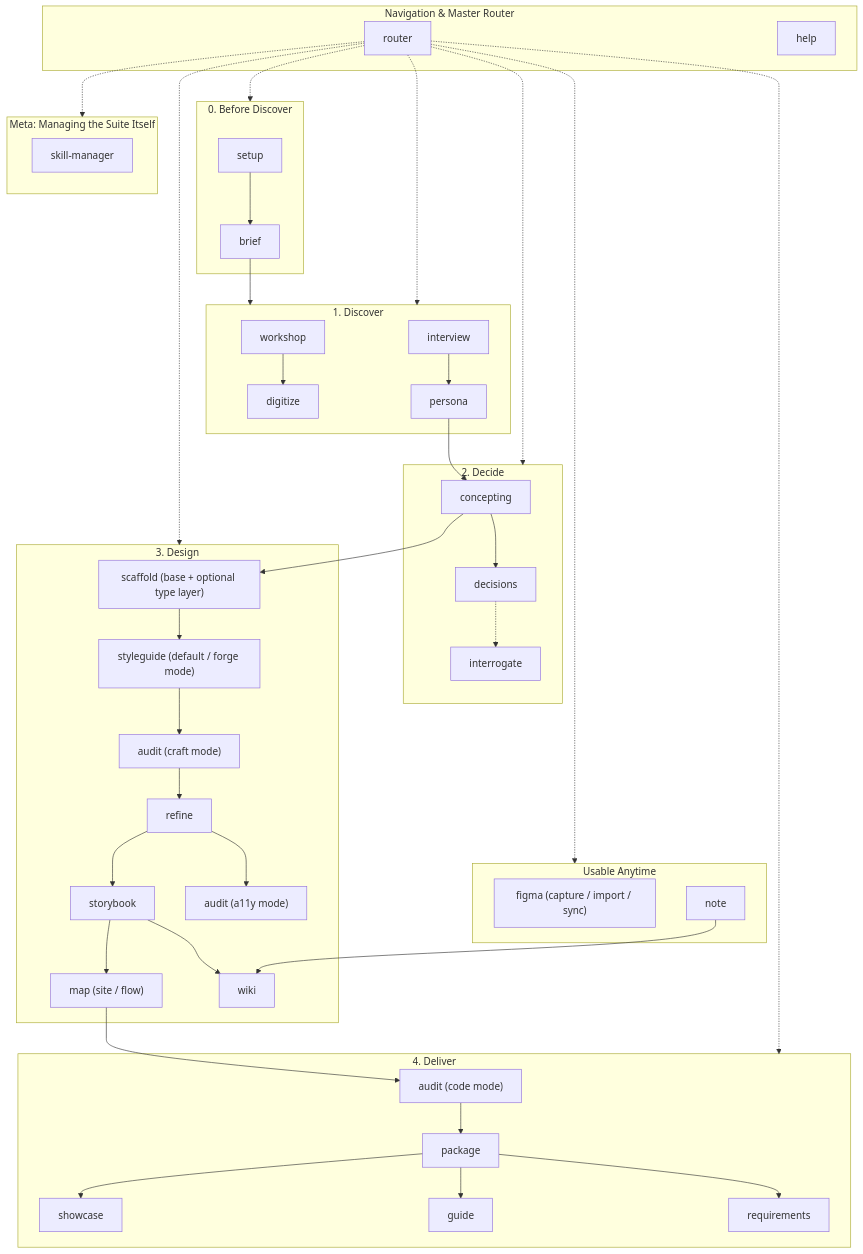
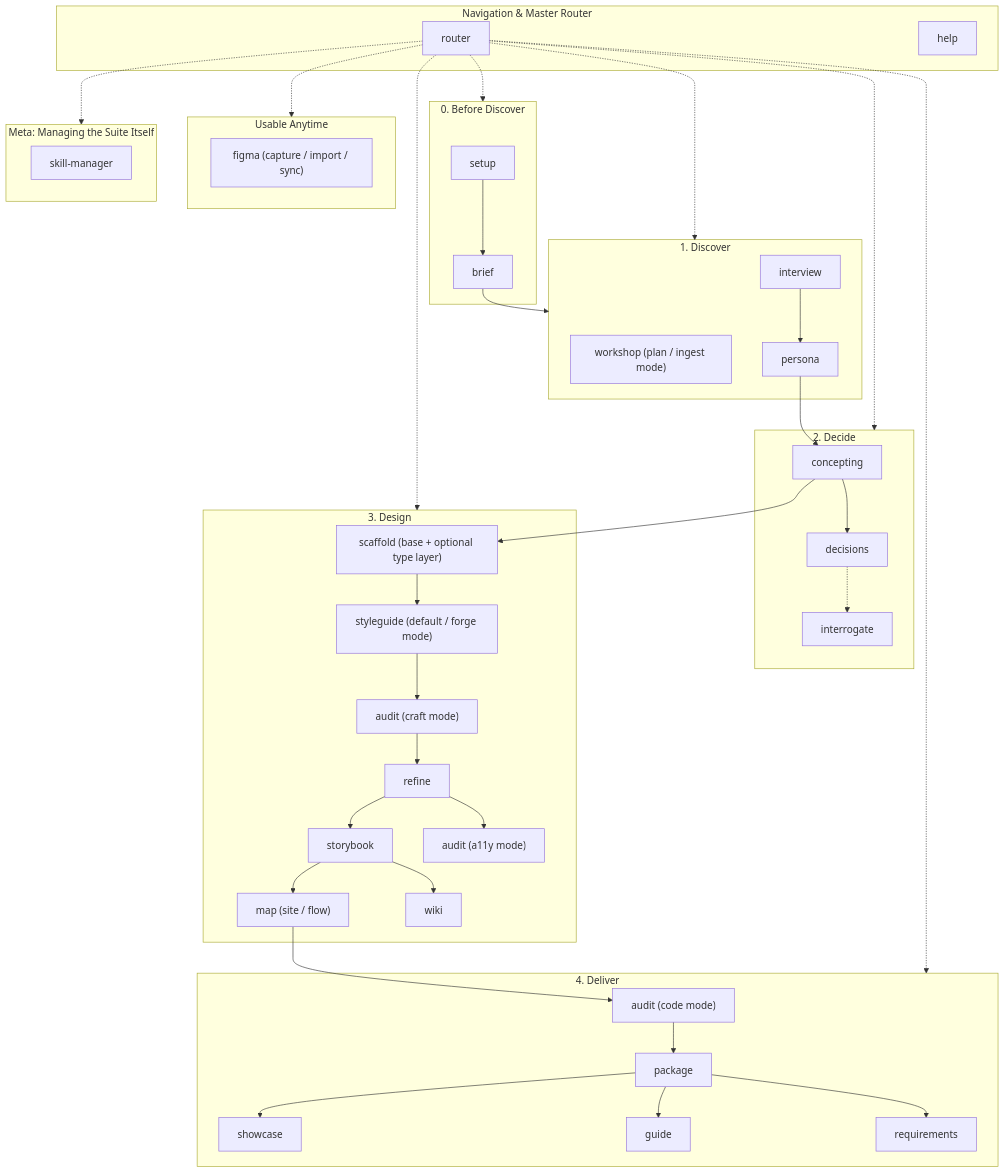
The diagram in AGENTS.md (RPalis/AIXLab-Atlas), drawn with Mermaid before and after one commit. The commit also changed other lines of this file and 10 other files, not shown here.

First line of the commit message:
Merge note into wiki and digitize into workshop as named modes

````diff
--- a/AGENTS.md
+++ b/AGENTS.md
@@ -15,59 +15,58 @@
 ```mermaid
 flowchart TD
     subgraph Router ["Navigation & Master Router"]
         R0[router]
         RH[help]
     end
 
     subgraph Before ["0. Before Discover"]
         P00[setup] --> P00B[brief]
     end
 
     subgraph Discover ["1. Discover"]
-        P0W[workshop] --> P0D[digitize]
+        P0W["workshop (plan / ingest mode)"]
         P0U[interview] --> P1[persona]
     end
 
     subgraph Decide ["2. Decide"]
         P1 --> P2[concepting]
         P2 --> P7B[decisions]
         P7B -.-> P7C[interrogate]
     end
 
     subgraph Design ["3. Design"]
         P2 --> P3["scaffold (base + optional type layer)"]
         P3 --> P4["styleguide (default / forge mode)"]
         P4 --> PCA["audit (craft mode)"]
         PCA --> P5[refine]
         P5 --> P6[storybook]
         P6 --> P7["map (site / flow)"]
         P5 --> P7D["audit (a11y mode)"]
         P6 --> P7F[wiki]
     end
 
     subgraph Deliver ["4. Deliver"]
         P7 --> P8["audit (code mode)"]
         P8 --> P9[package]
         P9 --> P9B[showcase]
         P9 --> P9C[guide]
         P9 --> P9D[requirements]
     end
 
     subgraph Anytime ["Usable Anytime"]
         FIG["figma (capture / import / sync)"]
-        NOTE[note] --> P7F
     end
 
     subgraph Meta ["Meta: Managing the Suite Itself"]
         SM[skill-manager]
     end
 
     P00B --> Discover
     R0 -.-> Before
     R0 -.-> Discover
     R0 -.-> Decide
     R0 -.-> Design
     R0 -.-> Deliver
     R0 -.-> Anytime
     R0 -.-> Meta
 ```
````
